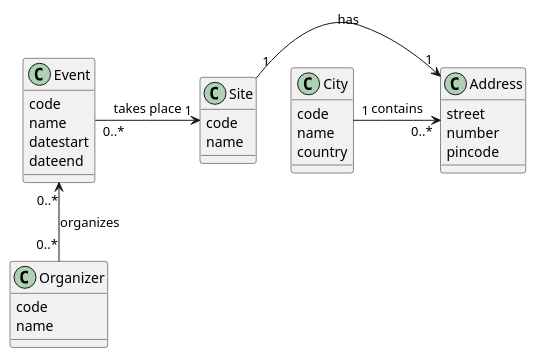
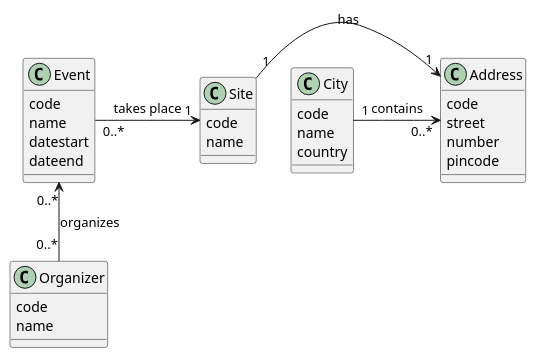
One commit to Kwaaac/Data_On_The_Web changed the diagram in conceptual_Diagram.plantuml. Above: the diagram before and after it, drawn with PlantUML. The commit also changed 1 other file, not shown here.

```diff
--- a/conceptual_Diagram.plantuml
+++ b/conceptual_Diagram.plantuml
@@ -1,37 +1,38 @@
 @startuml attraction
 
 class Event{
 code
 name
 datestart
 dateend
 }
 
 class Site{
 code
 name
 }
 
 class Address{
+code
 street
 number
 pincode
 }
 
 class City{
 code
 name
 country
 }
 
 class Organizer{
 code
 name
 }
 
 City "1" --right--> "0..*" Address : contains
 Site "1" --right--> "1" Address : has
 Event "0..*" --right--> "1" Site : takes place
 Organizer "0..*" -up-> "0..*" Event : organizes
 
 @enduml
```
